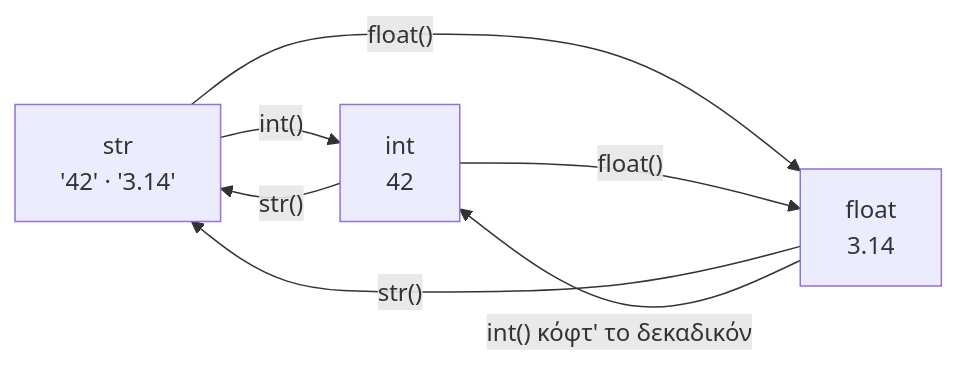
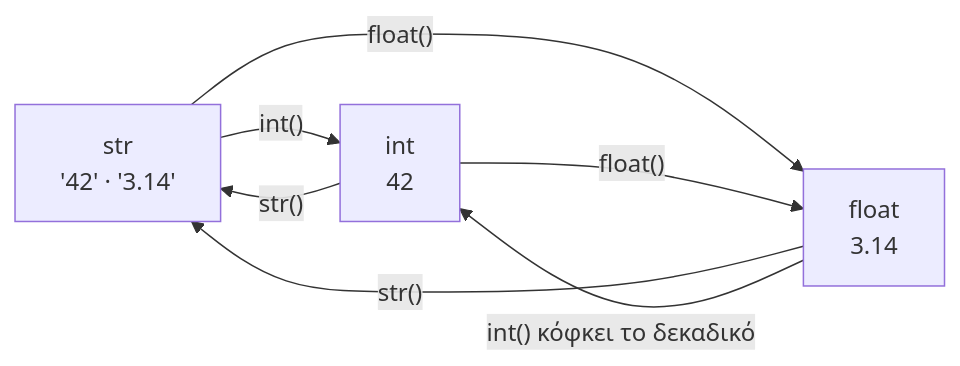
The fifth of 5 diagrams in week1.qmd (zafeirakopoulos/pliroforiki), drawn with Mermaid before and after one commit. The commit also changed other lines of this file, not shown here.

````diff
--- a/week1.qmd
+++ b/week1.qmd
@@ -350,12 +350,12 @@
 ```{mermaid}
 flowchart LR
     str["str<br>'42' · '3.14'"]
     int["int<br>42"]
     float["float<br>3.14"]
     str -->|"int()"| int
     str -->|"float()"| float
     int -->|"str()"| str
     float -->|"str()"| str
     int -->|"float()"| float
-    float -->|"int() κόφτ' το δεκαδικόν"| int
+    float -->|"int() κόφκει το δεκαδικό"| int
 ```
````
